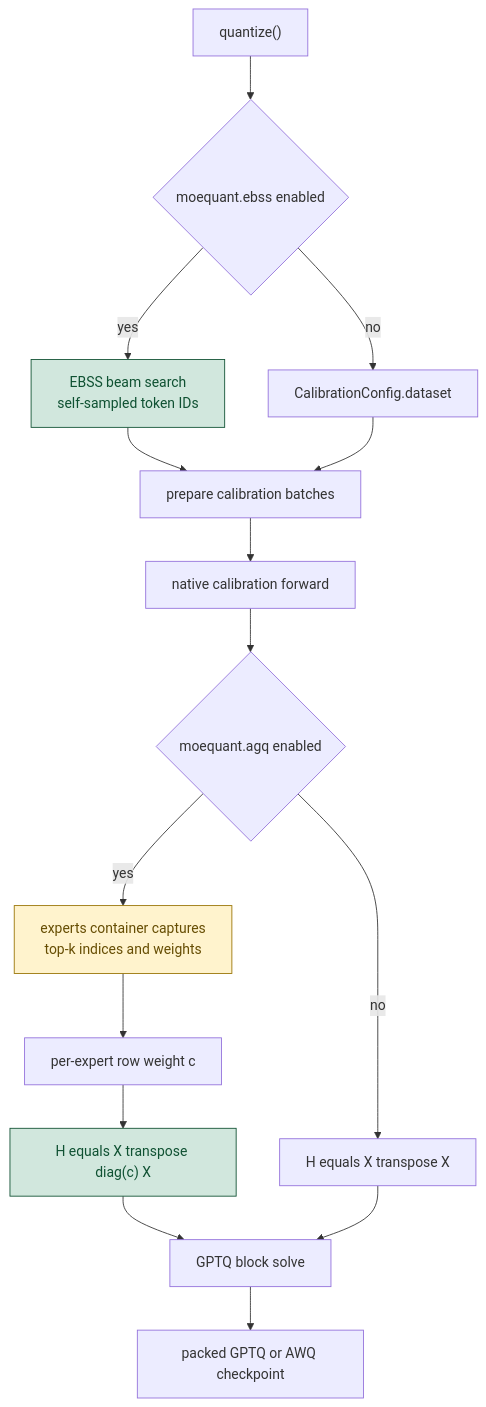
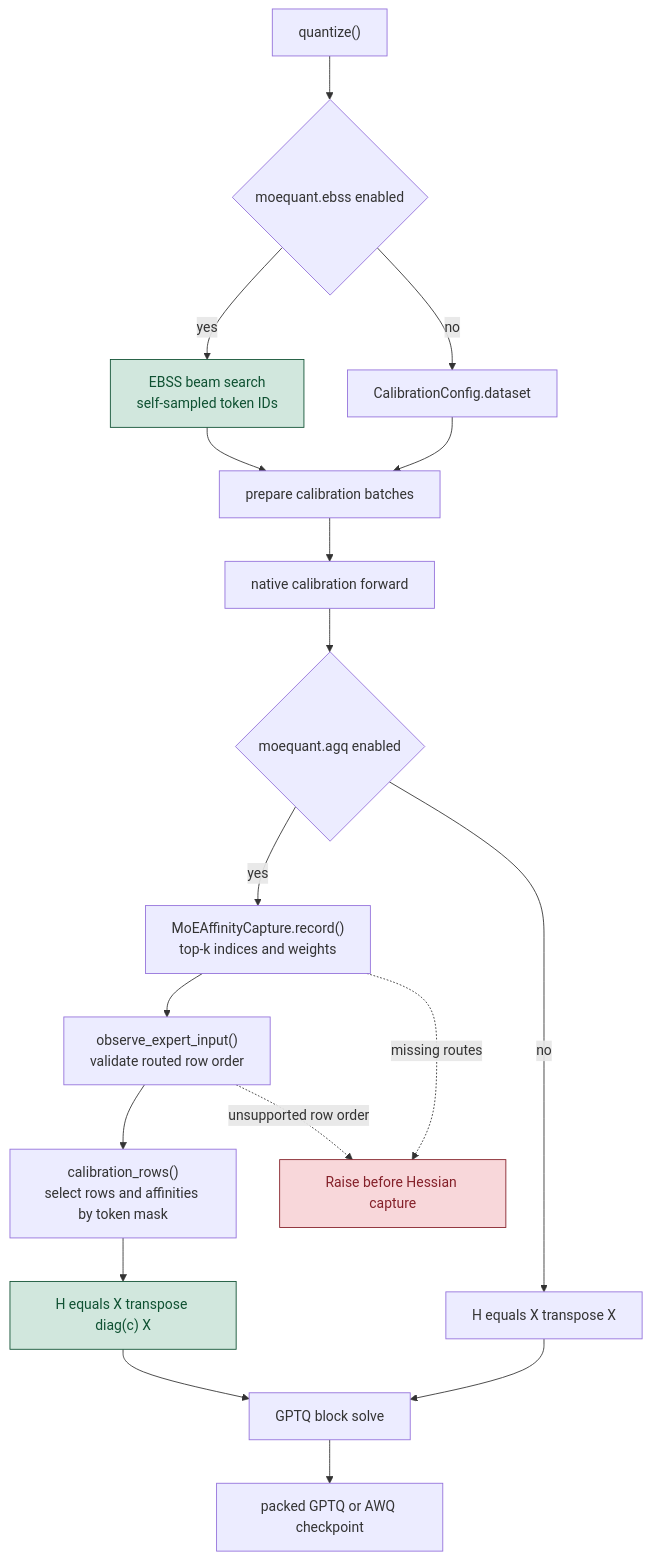
The diagram in docs/moequant.md (ModelCloud/GPTQModel), drawn with Mermaid before and after one commit. The commit also changed other lines of this file and 8 other files, not shown here.

First line of the commit message:
fix(moequant): correct EBSS scoring and routed AGQ rows

````diff
--- a/docs/moequant.md
+++ b/docs/moequant.md
@@ -24,20 +24,23 @@
 ```mermaid
 flowchart TD
     A["quantize()"] --> B{"moequant.ebss enabled"}
     B -- yes --> C["EBSS beam search<br/>self-sampled token IDs"]
     B -- no --> D["CalibrationConfig.dataset"]
     C --> E["prepare calibration batches"]
     D --> E
     E --> F["native calibration forward"]
     F --> G{"moequant.agq enabled"}
-    G -- yes --> H["experts container captures<br/>top-k indices and weights"]
-    H --> I["per-expert row weight c"]
+    G -- yes --> H["MoEAffinityCapture.record()<br/>top-k indices and weights"]
+    H --> R["observe_expert_input()<br/>validate routed row order"]
+    R --> I["calibration_rows()<br/>select rows and affinities by token mask"]
     I --> J["H equals X transpose diag(c) X"]
+    H -. missing routes .-> X["Raise before Hessian capture"]
+    R -. unsupported row order .-> X
     G -- no --> K["H equals X transpose X"]
     J --> L["GPTQ block solve"]
     K --> L
     L --> M["packed GPTQ or AWQ checkpoint"]
     style C fill:#d1e7dd,stroke:#0f5132,color:#0f5132
     style J fill:#d1e7dd,stroke:#0f5132,color:#0f5132
-    style H fill:#fff3cd,stroke:#997404,color:#664d03
+    style X fill:#f8d7da,stroke:#842029,color:#842029
 ```
````
